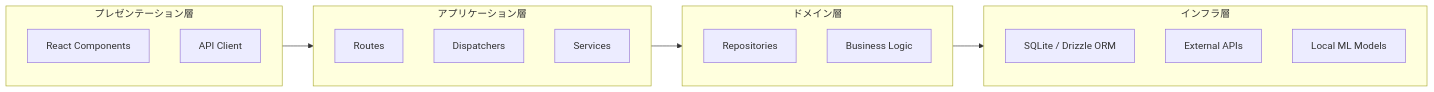
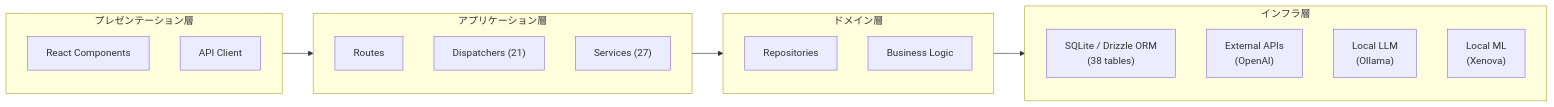
Before and after one commit to tamai-hideyuki/brain-cabinet: the fifth of 5 diagrams in docs/network-diagram.md, drawn with Mermaid. The commit also changed other lines of this file and 19 other files, not shown here.

````diff
--- a/docs/network-diagram.md
+++ b/docs/network-diagram.md
@@ -200,32 +277,33 @@
 ```mermaid
 flowchart LR
     subgraph Presentation["プレゼンテーション層"]
         direction TB
         P1["React Components"]
         P2["API Client"]
     end
 
     subgraph Application["アプリケーション層"]
         direction TB
         A1["Routes"]
-        A2["Dispatchers"]
-        A3["Services"]
+        A2["Dispatchers (21)"]
+        A3["Services (27)"]
     end
 
     subgraph Domain["ドメイン層"]
         direction TB
         D1["Repositories"]
         D2["Business Logic"]
     end
 
     subgraph Infrastructure["インフラ層"]
         direction TB
-        I1["SQLite / Drizzle ORM"]
-        I2["External APIs"]
-        I3["Local ML Models"]
+        I1["SQLite / Drizzle ORM<br/>(38 tables)"]
+        I2["External APIs<br/>(OpenAI)"]
+        I3["Local LLM<br/>(Ollama)"]
+        I4["Local ML<br/>(Xenova)"]
     end
 
     Presentation --> Application
     Application --> Domain
     Domain --> Infrastructure
 ```
````
